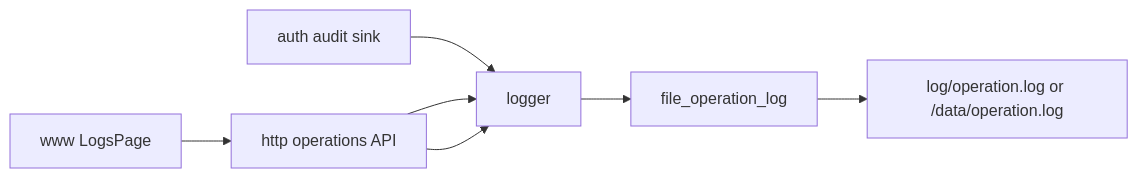
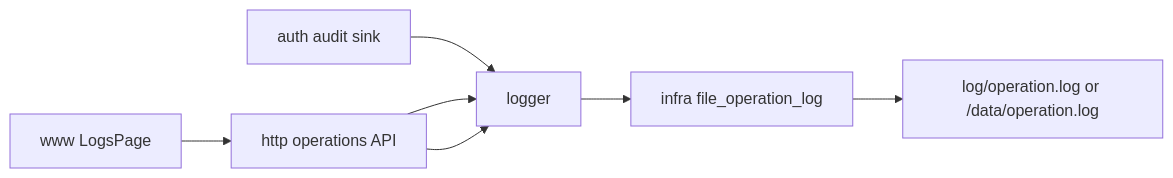
Before and after one commit to 373699756/live_stream: the diagram in docs/libs/logger.md, drawn with Mermaid. The commit also changed other lines of this file and 16 other files, not shown here.

Commit message:
refactor(infra): fold logger into infra

````diff
--- a/docs/libs/logger.md
+++ b/docs/libs/logger.md
@@ -14,9 +19,9 @@
 ```mermaid
 flowchart LR
   Auth[auth audit sink] --> Logger[logger]
   HTTP[HTTP operation handlers] --> Logger
-  Logger --> OperationLog[file_operation_log]
+  Logger --> OperationLog[infra file_operation_log]
   OperationLog --> File[log/operation.log or /data/operation.log]
   Web[www LogsPage] --> HTTP[http operations API]
   HTTP --> Logger
 ```
````
